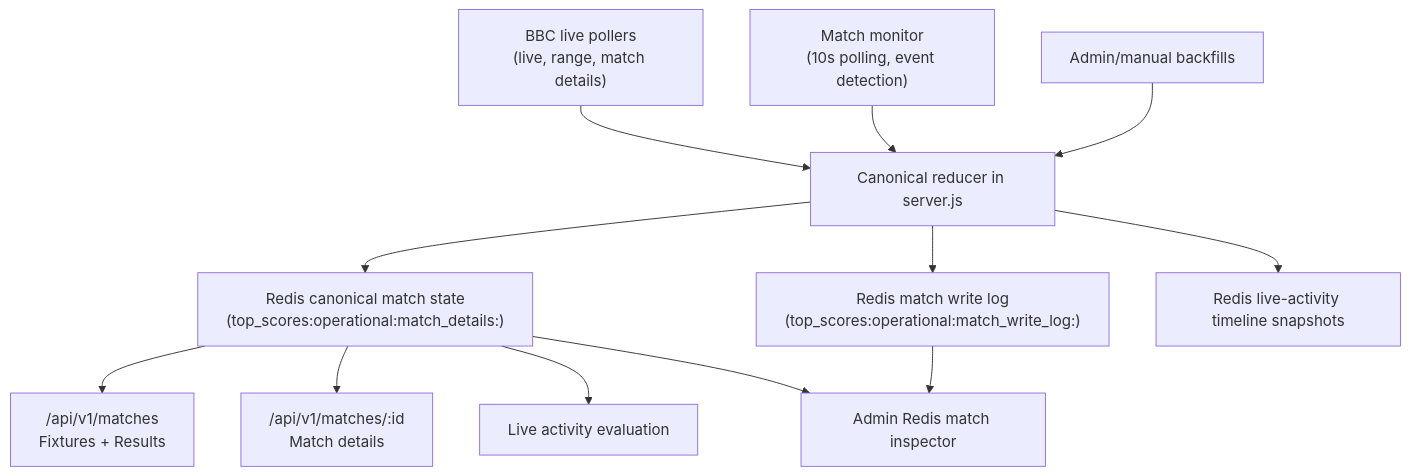
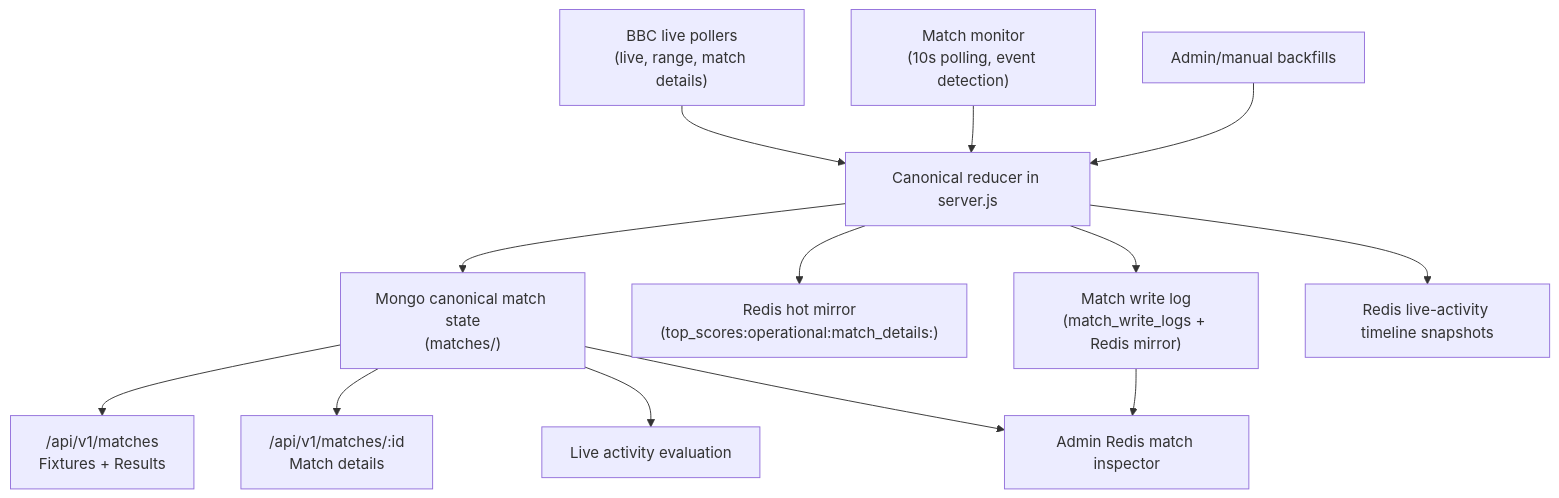
The diagram in REDIS_CANONICAL_MATCH_STATE.md (mwagstaff/top-scores), drawn with Mermaid before and after one commit. The commit also changed other lines of this file and 7 other files, not shown here.

````diff
--- a/REDIS_CANONICAL_MATCH_STATE.md
+++ b/REDIS_CANONICAL_MATCH_STATE.md
@@ -17,17 +18,18 @@
 ```mermaid
 flowchart TD
     A["BBC live pollers\n(live, range, match details)"] --> R["Canonical reducer in server.js"]
     B["Match monitor\n(10s polling, event detection)"] --> R
     C["Admin/manual backfills"] --> R
 
-    R --> S["Redis canonical match state\n(top_scores:operational:match_details:<matchId>)"]
-    R --> L["Redis match write log\n(top_scores:operational:match_write_log:<matchId>)"]
+    R --> S["Mongo canonical match state\n(matches/<matchId>)"]
+    R --> M["Redis hot mirror\n(top_scores:operational:match_details:<matchId>)"]
+    R --> L["Match write log\n(match_write_logs + Redis mirror)"]
     R --> T["Redis live-activity timeline snapshots"]
 
     S --> F["/api/v1/matches\nFixtures + Results"]
     S --> D["/api/v1/matches/:id\nMatch details"]
     S --> W["Live activity evaluation"]
     S --> A2["Admin Redis match inspector"]
 
     L --> A2
 ```
````
